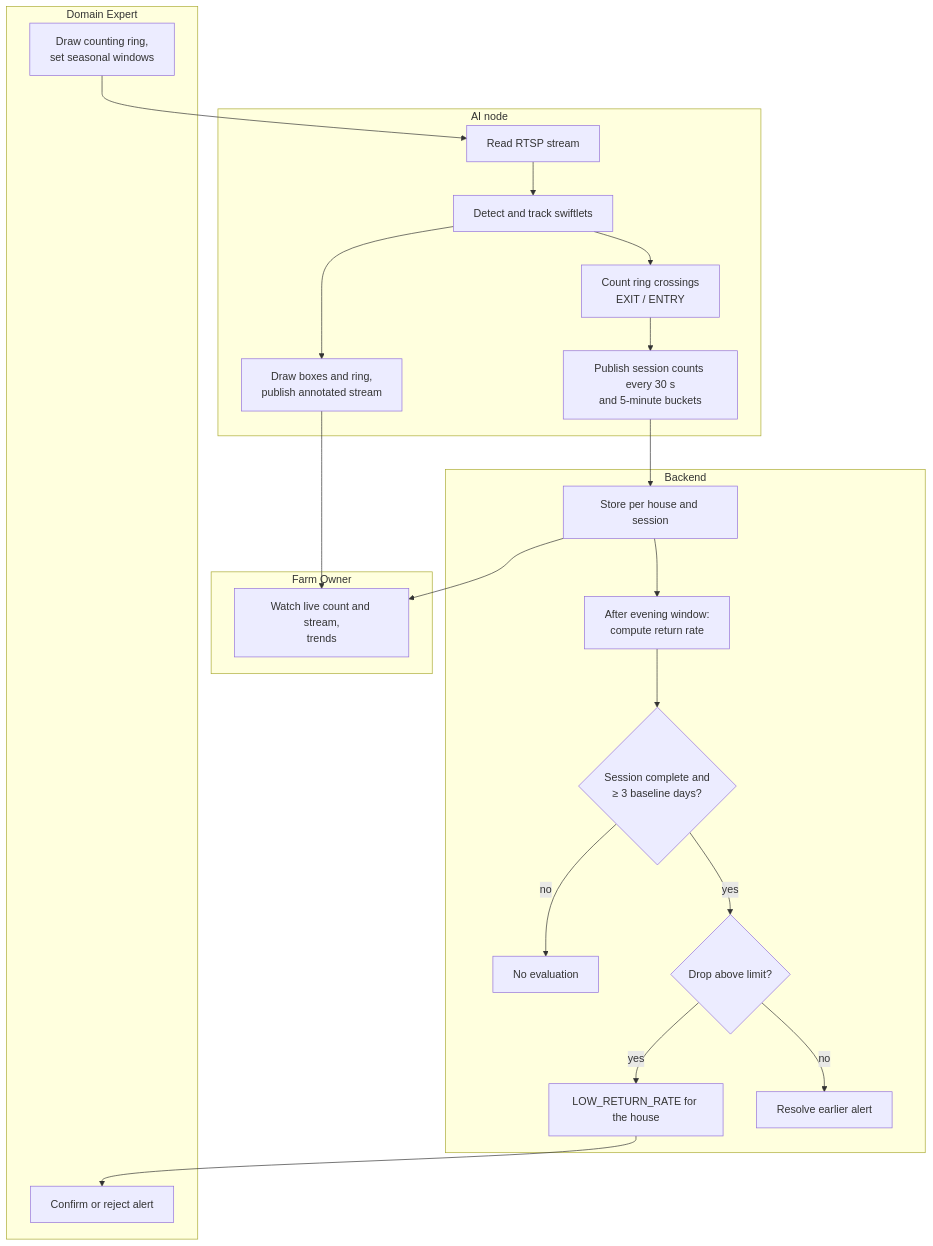
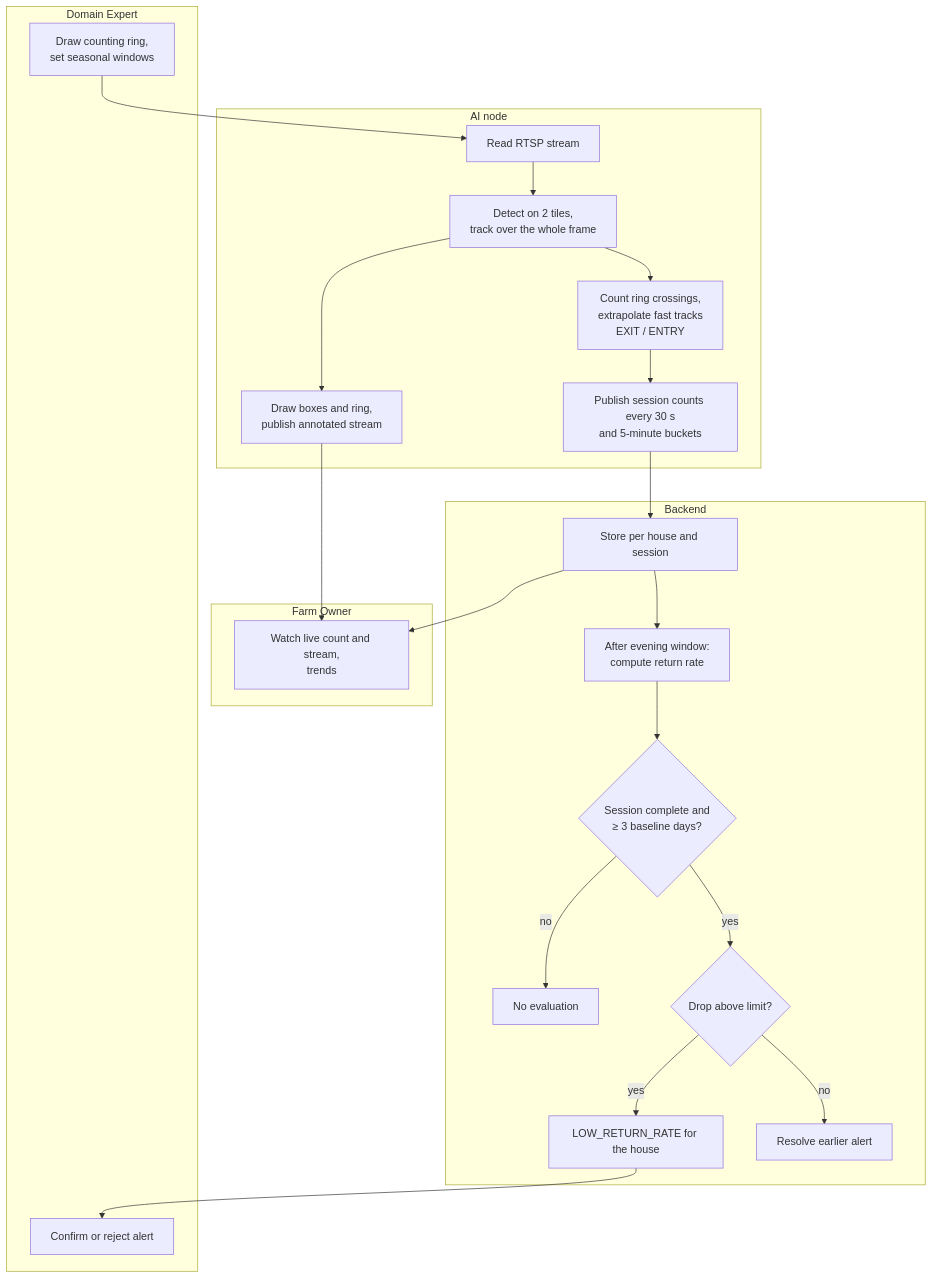
Diagram 21 of 28 in docs/reports/report4-sdd.md (NBao261/SwiftletCare_KLTN), drawn with Mermaid before and after one commit. The commit also changed other lines of this file and 2 other files, not shown here.

Commit message:
docs(srs): sync reports with whole-frame tracking in the ai pipeline

````diff
--- a/docs/reports/report4-sdd.md
+++ b/docs/reports/report4-sdd.md
@@ -857,29 +860,29 @@
 ```mermaid
 flowchart TB
   subgraph AI[AI node]
-    A1[Read RTSP stream] --> A2[Detect and track swiftlets]
-    A2 --> A3[Count ring crossings<br/>EXIT / ENTRY]
+    A1[Read RTSP stream] --> A2[Detect on 2 tiles,<br/>track over the whole frame]
+    A2 --> A3[Count ring crossings,<br/>extrapolate fast tracks<br/>EXIT / ENTRY]
     A3 --> A4[Publish session counts every 30 s<br/>and 5-minute buckets]
     A2 --> A5[Draw boxes and ring,<br/>publish annotated stream]
   end
   subgraph B[Backend]
     B1[Store per house and session] --> B2[After evening window:<br/>compute return rate]
     B2 --> B3{Session complete and<br/>≥ 3 baseline days?}
     B3 -- no --> B4[No evaluation]
     B3 -- yes --> B5{Drop above limit?}
     B5 -- yes --> B6[LOW_RETURN_RATE for the house]
     B5 -- no --> B7[Resolve earlier alert]
   end
   subgraph O[Farm Owner]
     O1[Watch live count and stream,<br/>trends]
   end
   subgraph E[Domain Expert]
     E1[Draw counting ring,<br/>set seasonal windows]
     E2[Confirm or reject alert]
   end
   A4 --> B1
   A5 --> O1
   B1 --> O1
   B6 --> E2
   E1 --> A1
 ```
````
